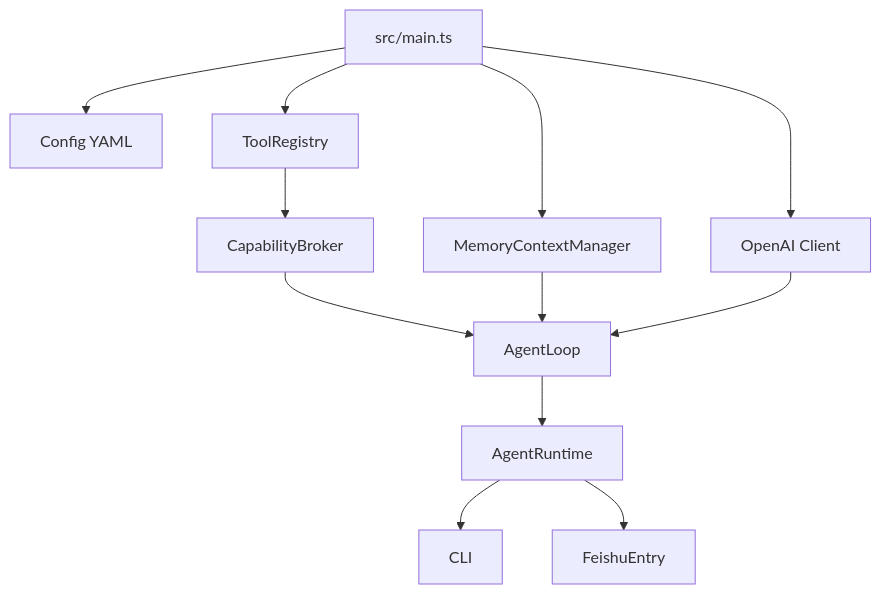
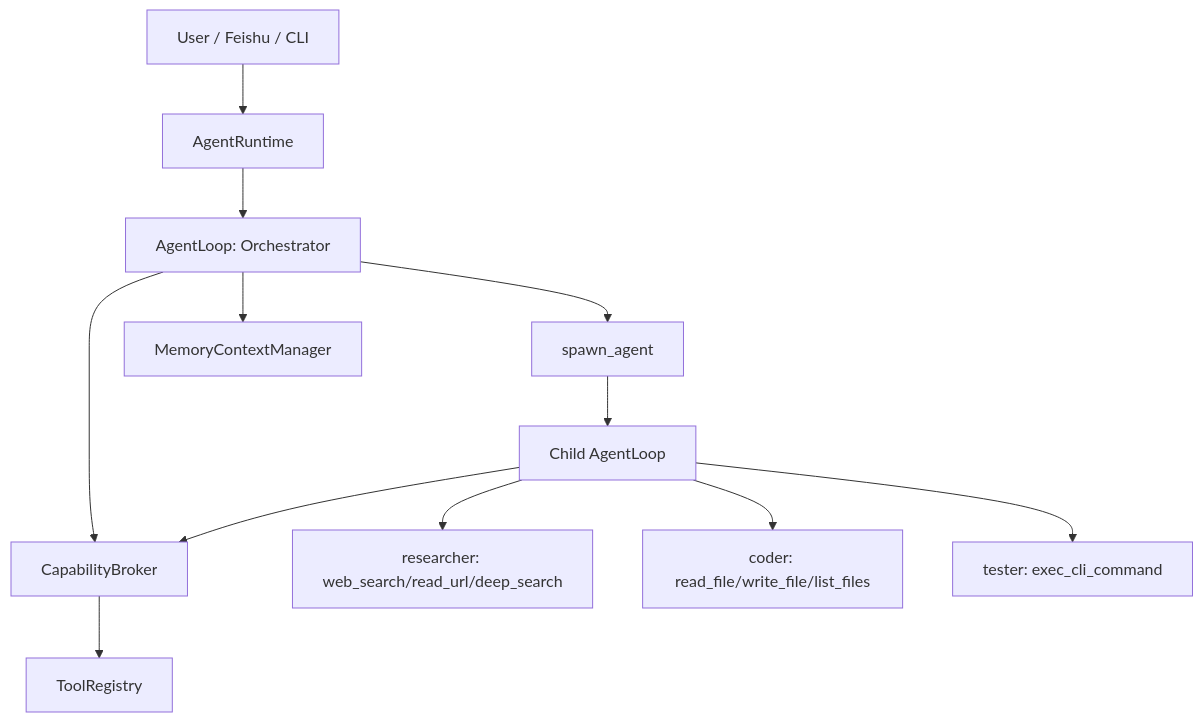
The diagram in README.md (dsadsasdaddas/privateclaw), drawn with Mermaid before and after one commit. The commit also changed other lines of this file and 3 other files, not shown here.

Commit message:
Rename runtime to NetAgent-CLI

````diff
--- a/README.md
+++ b/README.md
@@ -37,14 +53,14 @@
 ```mermaid
 flowchart TD
-  A["src/main.ts"] --> B["Config YAML"]
-  A --> C["OpenAI Client"]
-  A --> D["MemoryContextManager"]
-  A --> E["ToolRegistry"]
-  E --> F["CapabilityBroker"]
-  F --> G["AgentLoop"]
-  D --> G
-  C --> G
-  G --> H["AgentRuntime"]
-  H --> I["CLI"]
-  H --> J["FeishuEntry"]
+  A["User / Feishu / CLI"] --> B["AgentRuntime"]
+  B --> C["AgentLoop: Orchestrator"]
+  C --> D["CapabilityBroker"]
+  D --> E["ToolRegistry"]
+  C --> F["spawn_agent"]
+  F --> G["Child AgentLoop"]
+  G --> D
+  G --> H["researcher: web_search/read_url/deep_search"]
+  G --> I["coder: read_file/write_file/list_files"]
+  G --> J["tester: exec_cli_command"]
+  C --> K["MemoryContextManager"]
 ```
````
